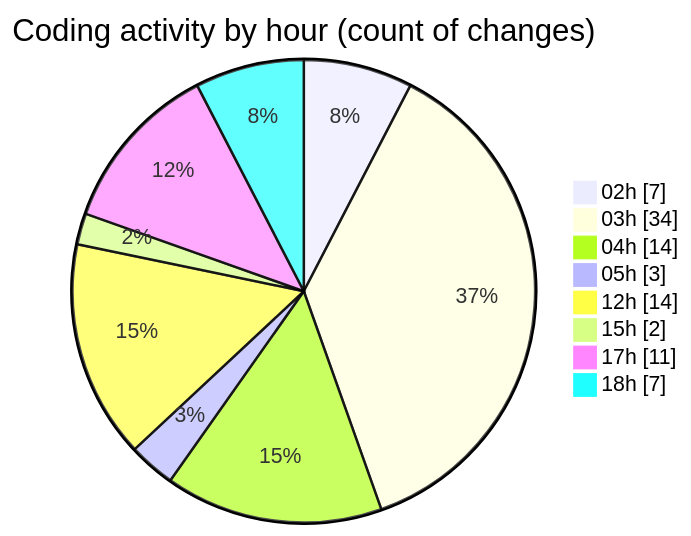
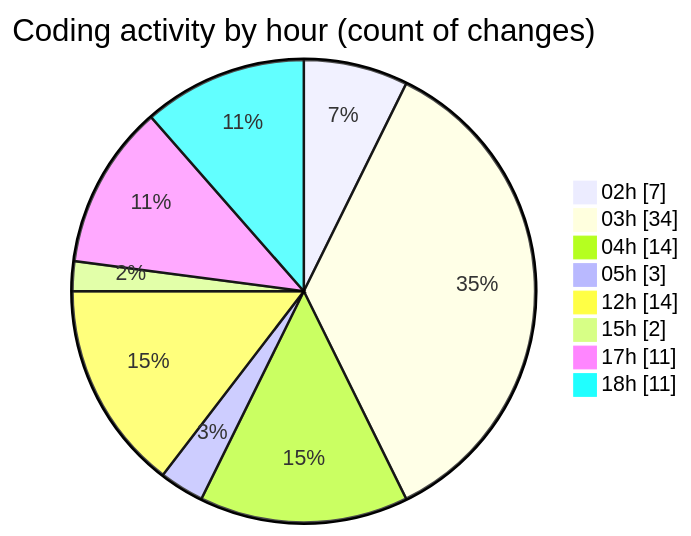
Before and after one commit to JenPaints/code-tracking: the second of 2 diagrams in 2025-05-29/kimberly-groups/README.md, drawn with Mermaid. The commit also changed other lines of this file and 1 other file, not shown here.

````diff
--- a/2025-05-29/kimberly-groups/README.md
+++ b/2025-05-29/kimberly-groups/README.md
@@ -38,12 +38,12 @@
 ```mermaid
 pie showData
 title Coding activity by hour (count of changes)
 "02h" : 7
 "03h" : 34
 "04h" : 14
 "05h" : 3
 "12h" : 14
 "15h" : 2
 "17h" : 11
-"18h" : 7
+"18h" : 11
 ```
````
